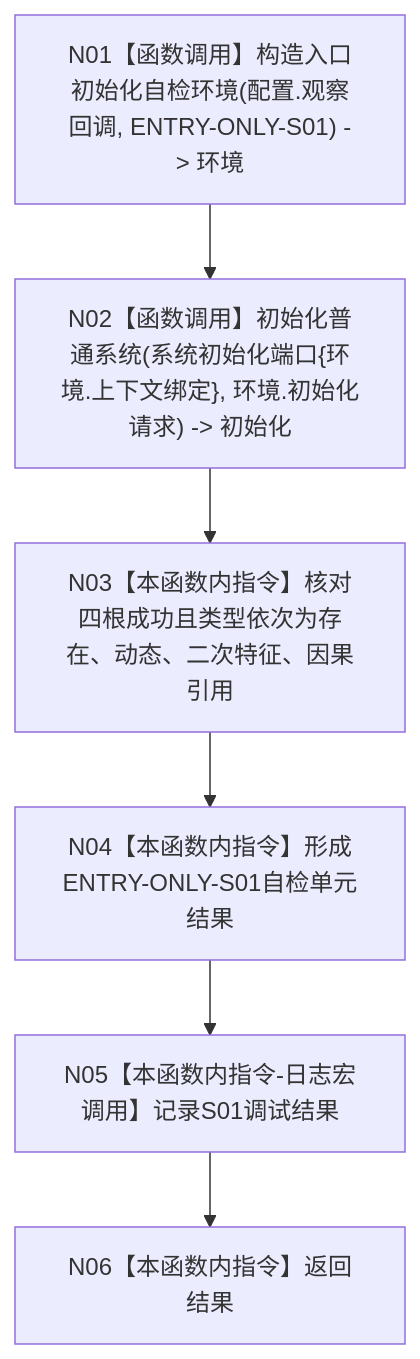
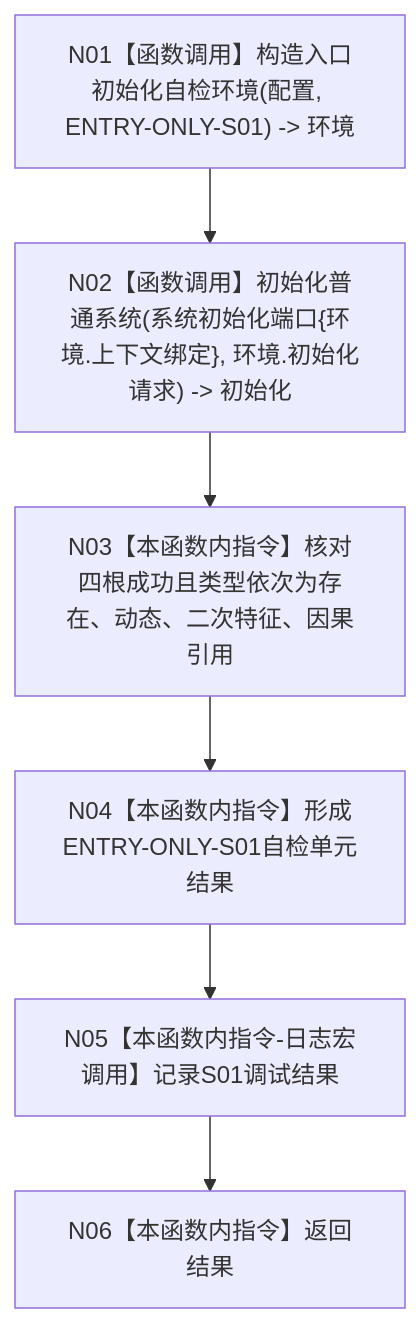
Before and after one commit to chunhaizh-cyber/HY-Ego: the diagram in 流程图/20260726_ENTRY-ONLY_S01_概念图四根创建_施工流程图_v0.1.md, drawn with Mermaid. The commit also changed other lines of this file and 51 other files, not shown here.

Commit message:
修订 ENTRY-ONLY 登记设计合同

````diff
--- a/流程图/20260726_ENTRY-ONLY_S01_概念图四根创建_施工流程图_v0.1.md
+++ b/流程图/20260726_ENTRY-ONLY_S01_概念图四根创建_施工流程图_v0.1.md
@@ -27,8 +27,8 @@
 ```mermaid
 flowchart TD
-    N01["N01【函数调用】构造入口初始化自检环境(配置.观察回调, ENTRY-ONLY-S01) -> 环境"] --> N02["N02【函数调用】初始化普通系统(系统初始化端口{环境.上下文绑定}, 环境.初始化请求) -> 初始化"]
+    N01["N01【函数调用】构造入口初始化自检环境(配置, ENTRY-ONLY-S01) -> 环境"] --> N02["N02【函数调用】初始化普通系统(系统初始化端口{环境.上下文绑定}, 环境.初始化请求) -> 初始化"]
     N02 --> N03["N03【本函数内指令】核对四根成功且类型依次为存在、动态、二次特征、因果引用"]
     N03 --> N04["N04【本函数内指令】形成ENTRY-ONLY-S01自检单元结果"]
     N04 --> N05["N05【本函数内指令-日志宏调用】记录S01调试结果"]
     N05 --> N06["N06【本函数内指令】返回结果"]
 ```
````
